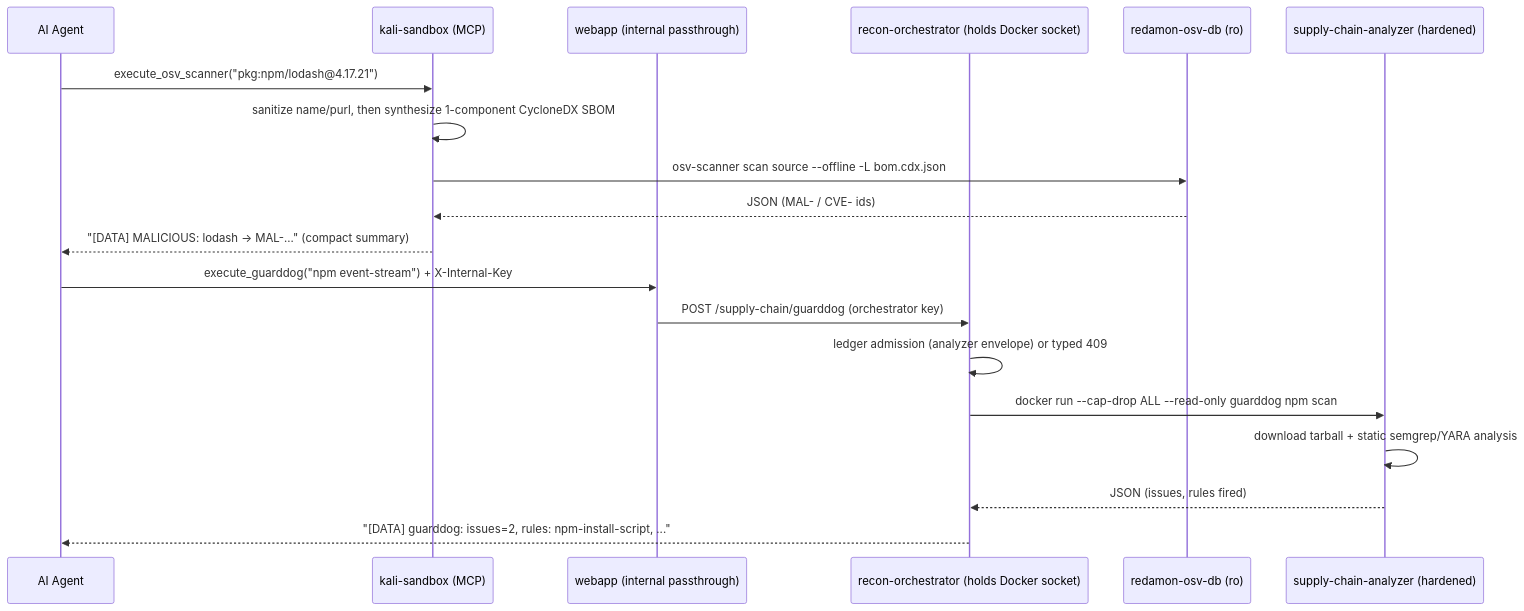
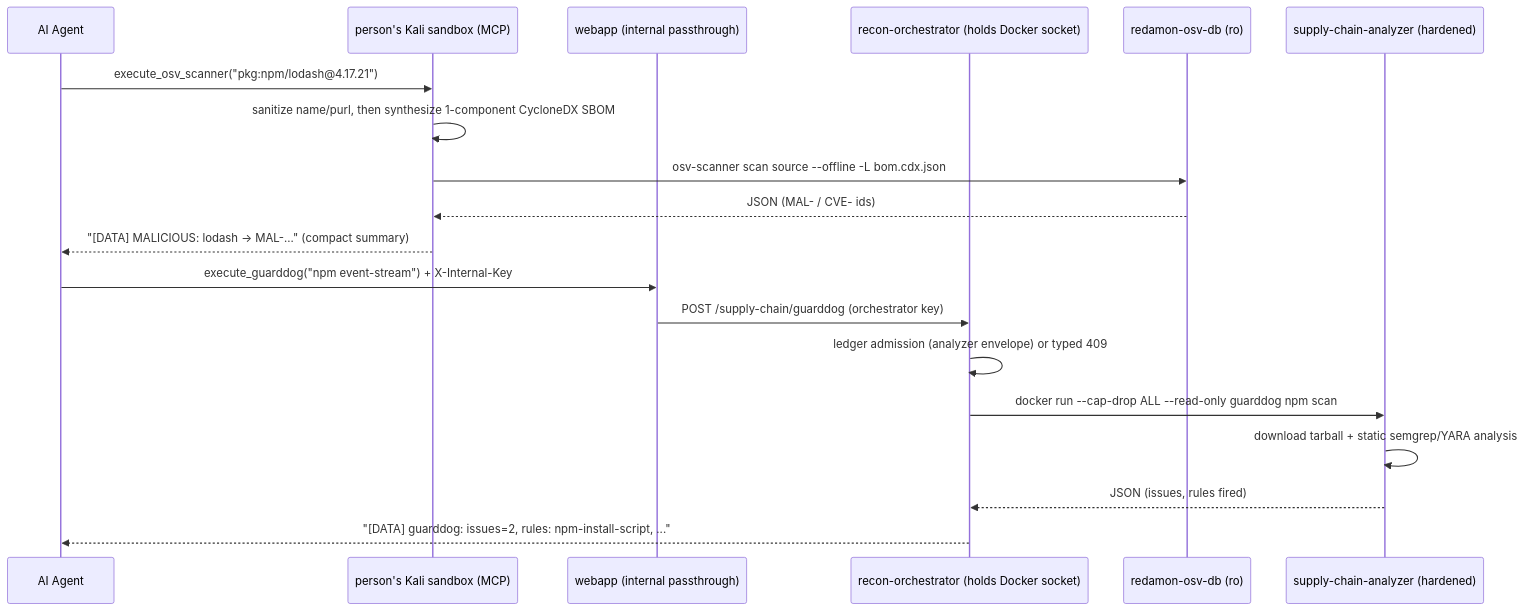
One commit to samugit83/redamon changed the third of 7 diagrams in docs/readmes/README.SUPPLY_CHAIN.md. Above: the diagram before and after it, drawn with Mermaid. The commit also changed other lines of this file and 52 other files, not shown here.

First line of the commit message:
docs(sandbox): per-user Kali sandboxes across docs, wiki and agent rules (group 1)

````diff
--- a/docs/readmes/README.SUPPLY_CHAIN.md
+++ b/docs/readmes/README.SUPPLY_CHAIN.md
@@ -468,23 +468,23 @@
 ```mermaid
 sequenceDiagram
     participant AG as AI Agent
-    participant KALI as kali-sandbox (MCP)
+    participant KALI as person's Kali sandbox (MCP)
     participant WEB as webapp (internal passthrough)
     participant ORCH as recon-orchestrator (holds Docker socket)
     participant OSVDB as redamon-osv-db (ro)
     participant AN as supply-chain-analyzer (hardened)
 
     AG->>KALI: execute_osv_scanner("pkg:npm/lodash@4.17.21")
     KALI->>KALI: sanitize name/purl, then synthesize 1-component CycloneDX SBOM
     KALI->>OSVDB: osv-scanner scan source --offline -L bom.cdx.json
     OSVDB-->>KALI: JSON (MAL- / CVE- ids)
     KALI-->>AG: "[DATA] MALICIOUS: lodash -> MAL-..." (compact summary)
 
     AG->>WEB: execute_guarddog("npm event-stream") + X-Internal-Key
     WEB->>ORCH: POST /supply-chain/guarddog (orchestrator key)
     ORCH->>ORCH: ledger admission (analyzer envelope) or typed 409
     ORCH->>AN: docker run --cap-drop ALL --read-only guarddog npm scan
     AN->>AN: download tarball + static semgrep/YARA analysis
     AN-->>ORCH: JSON (issues, rules fired)
     ORCH-->>AG: "[DATA] guarddog: issues=2, rules: npm-install-script, ..."
 ```
````
